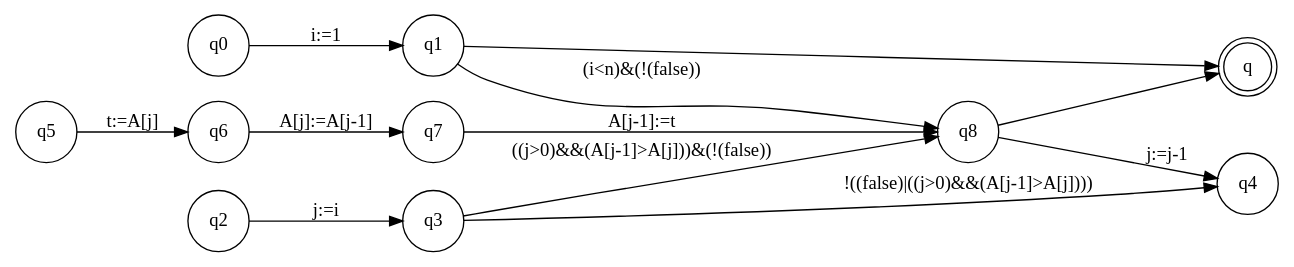
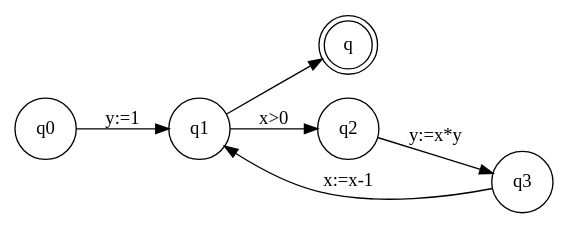
One commit to DanielHauge/02141-computer-science-modeling changed the diagram in 02141-csm-mandatory/test.gv. Above: the diagram before and after it, drawn with Graphviz. The commit also changed 8 other files, not shown here.

```diff
--- a/02141-csm-mandatory/test.gv
+++ b/02141-csm-mandatory/test.gv
@@ -1,16 +1,10 @@
 digraph program_graph {rankdir=LR;
 node [shape = circle]; q0;
 node [shape = doublecircle]; q#;
 node [shape = circle]
-q0 -> q1 [label= "i:=1"];
-q1 -> q8 [label= "(i<n)&(!(false))"];
-q2 -> q3 [label= "j:=i"];
-q3 -> q8 [label= "((j>0)&&(A[j-1]>A[j]))&(!(false))"];
-q5 -> q6 [label= "t:=A[j]"];
-q6 -> q7 [label= "A[j]:=A[j-1]"];
-q7 -> q8 [label= "A[j-1]:=t"];
-q8 -> q4 [label= "j:=j-1"];
-q3 -> q4 [label= "!((false)|((j>0)&&(A[j-1]>A[j])))"];
-q8 -> q# [label= "i:=i+1"];
-q1 -> q# [label= "!((false)|(i<n))"];
+q0 -> q1 [label= "y:=1"];
+q1 -> q2 [label= "x>0"];
+q2 -> q3 [label= "y:=x*y"];
+q3 -> q1 [label= "x:=x-1"];
+q1 -> q# [label= "!(x>0)"];
 }
```
